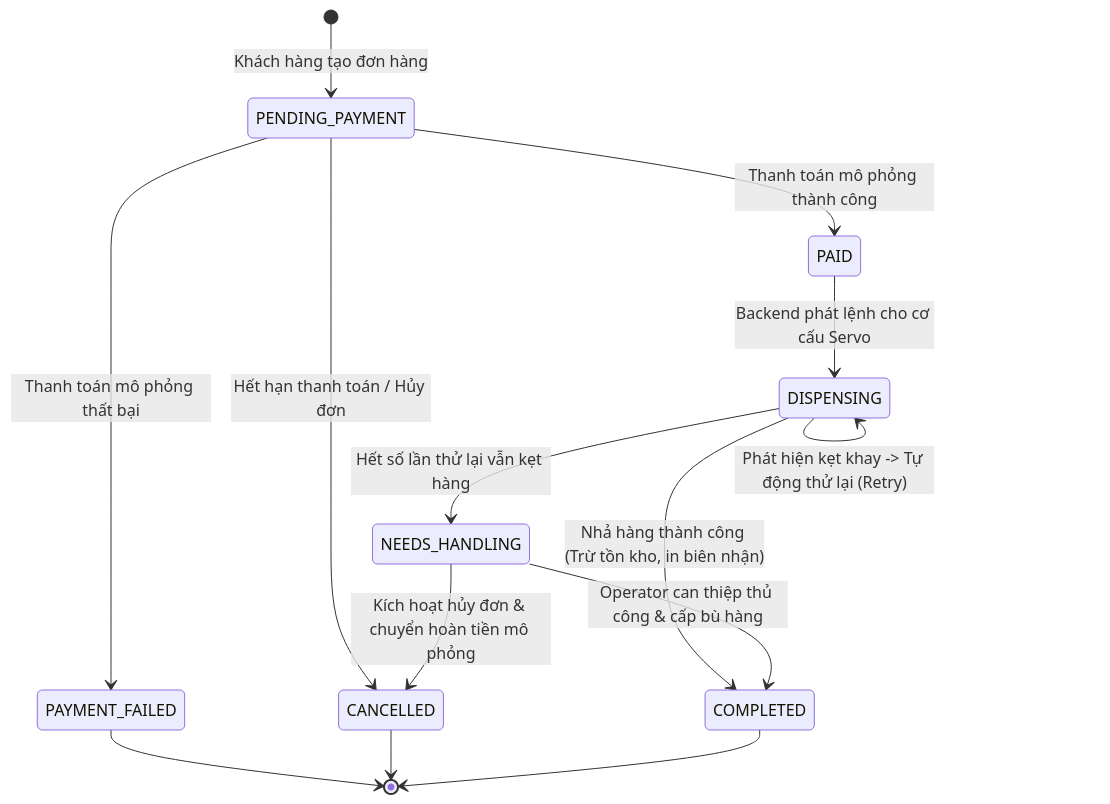
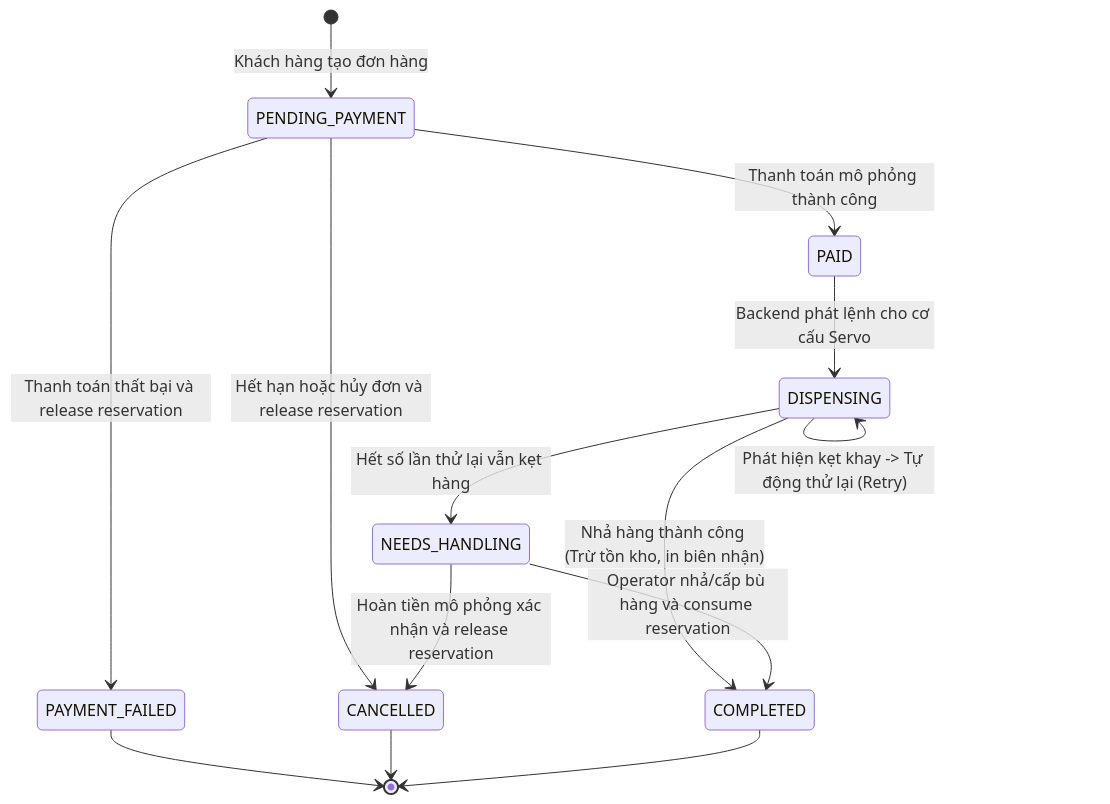
The diagram in diagrams/diagram_07_state_order.mmd (nguyenxuanhieu2903/Freshvend-test), drawn with Mermaid before and after one commit. The commit also changed 92 other files, not shown here.

Commit message:
chore(repo): checkpoint Freshvend diagrams and scaffold

```diff
--- a/diagrams/diagram_07_state_order.mmd
+++ b/diagrams/diagram_07_state_order.mmd
@@ -1,19 +1,19 @@
 stateDiagram-v2
     [*] --> PENDING_PAYMENT : Khách hàng tạo đơn hàng
 
     PENDING_PAYMENT --> PAID : Thanh toán mô phỏng thành công
-    PENDING_PAYMENT --> PAYMENT_FAILED : Thanh toán mô phỏng thất bại
-    PENDING_PAYMENT --> CANCELLED : Hết hạn thanh toán / Hủy đơn
+    PENDING_PAYMENT --> PAYMENT_FAILED : Thanh toán thất bại và release reservation
+    PENDING_PAYMENT --> CANCELLED : Hết hạn hoặc hủy đơn và release reservation
 
     PAID --> DISPENSING : Backend phát lệnh cho cơ cấu Servo
 
     DISPENSING --> COMPLETED : Nhả hàng thành công (Trừ tồn kho, in biên nhận)
     DISPENSING --> DISPENSING : Phát hiện kẹt khay -> Tự động thử lại (Retry)
     DISPENSING --> NEEDS_HANDLING : Hết số lần thử lại vẫn kẹt hàng
 
-    NEEDS_HANDLING --> COMPLETED : Operator can thiệp thủ công & cấp bù hàng
-    NEEDS_HANDLING --> CANCELLED : Kích hoạt hủy đơn & chuyển hoàn tiền mô phỏng
+    NEEDS_HANDLING --> COMPLETED : Operator nhả/cấp bù hàng và consume reservation
+    NEEDS_HANDLING --> CANCELLED : Hoàn tiền mô phỏng xác nhận và release reservation
 
     PAYMENT_FAILED --> [*]
     CANCELLED --> [*]
     COMPLETED --> [*]
```
